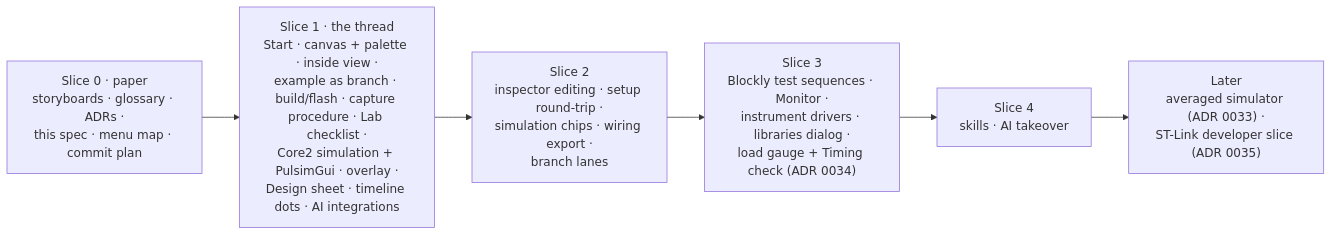
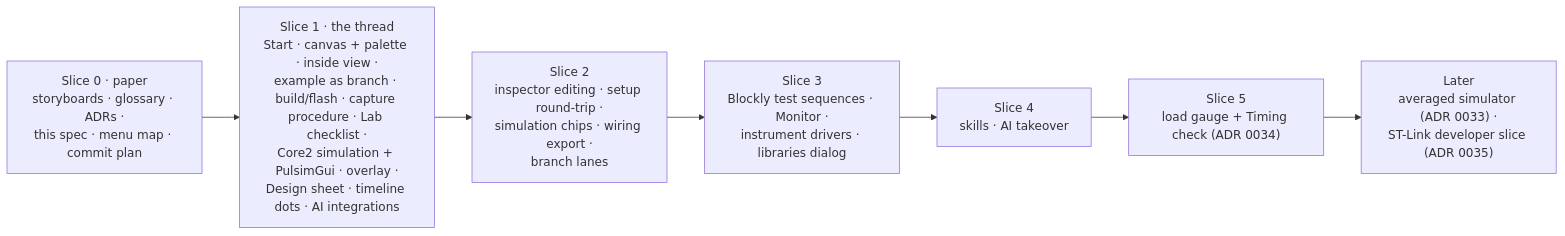
The second of 2 diagrams in SPEC.md (luizvilla/Theia), drawn with Mermaid before and after one commit. The commit also changed other lines of this file and 4 other files, not shown here.

First line of the commit message:
docs: timing on the Spin moves after slice 4, as slice 5

````diff
--- a/SPEC.md
+++ b/SPEC.md
@@ -294,10 +294,11 @@
 ```mermaid
 flowchart LR
   S0["Slice 0 · paper<br/>storyboards · glossary · ADRs ·<br/>this spec · menu map · commit plan"]
   S1["Slice 1 · the thread<br/>Start · canvas + palette · inside view ·<br/>example as branch · build/flash · capture procedure · Lab checklist ·<br/>Core2 simulation + PulsimGui · overlay ·<br/>Design sheet · timeline dots · AI integrations"]
   S2["Slice 2<br/>inspector editing · setup round-trip ·<br/>simulation chips · wiring export ·<br/>branch lanes"]
-  S3["Slice 3<br/>Blockly test sequences · Monitor ·<br/>instrument drivers · libraries dialog ·<br/>load gauge + Timing check (ADR 0034)"]
+  S3["Slice 3<br/>Blockly test sequences · Monitor ·<br/>instrument drivers · libraries dialog"]
   S4["Slice 4<br/>skills · AI takeover"]
   L["Later<br/>averaged simulator (ADR 0033) ·<br/>ST-Link developer slice (ADR 0035)"]
-  S0 --> S1 --> S2 --> S3 --> S4 --> L
+  S5["Slice 5<br/>load gauge + Timing check (ADR 0034)"]
+  S0 --> S1 --> S2 --> S3 --> S4 --> S5 --> L
 ```
````
